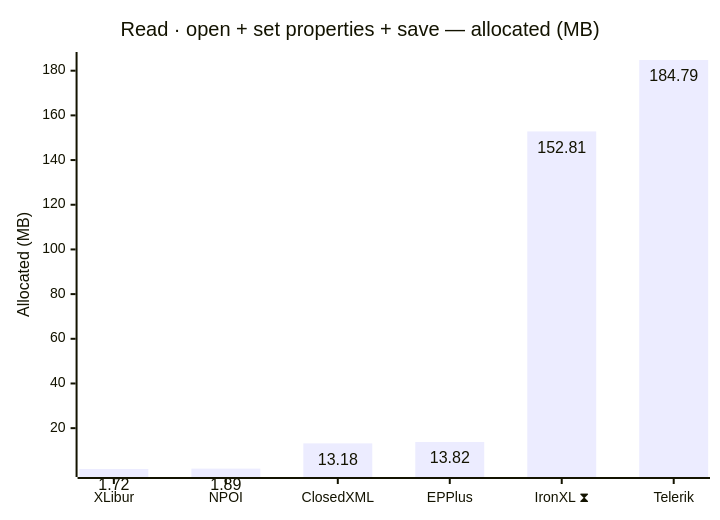
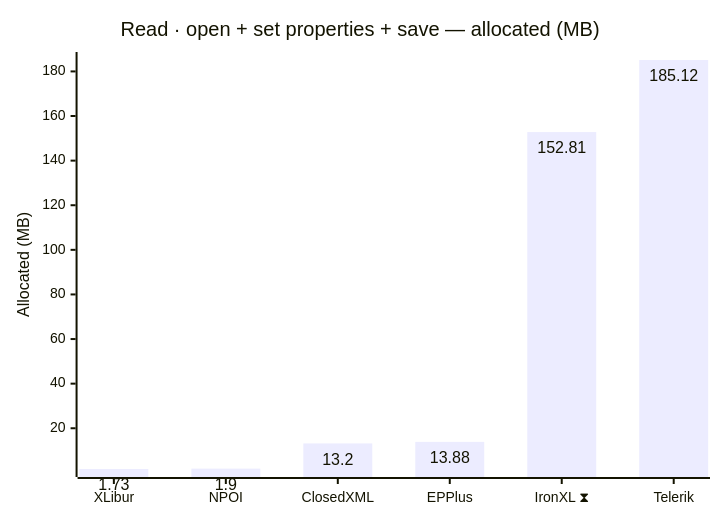
The second of 12 diagrams in docs/results.md (jafin/XLBench), drawn with Mermaid before and after one commit. The commit also changed other lines of this file and 2 other files, not shown here.

````diff
--- a/docs/results.md
+++ b/docs/results.md
@@ -53,12 +53,12 @@
 ```mermaid
 ---
 config:
   xyChart:
     showDataLabel: true
 ---
 xychart-beta
     title "Read · open + set properties + save — allocated (MB)"
     x-axis ["XLibur", "NPOI", "ClosedXML", "EPPlus", "IronXL ⧗", "Telerik"]
     y-axis "Allocated (MB)"
-    bar [1.72, 1.89, 13.18, 13.82, 152.81, 184.79]
+    bar [1.73, 1.9, 13.2, 13.88, 152.81, 185.12]
 ```
````
